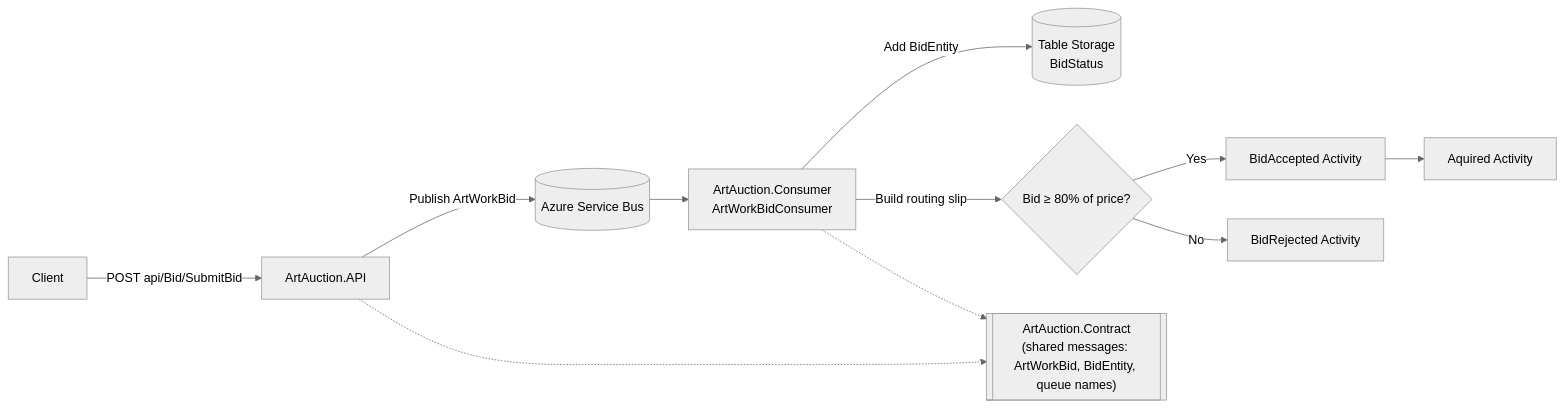
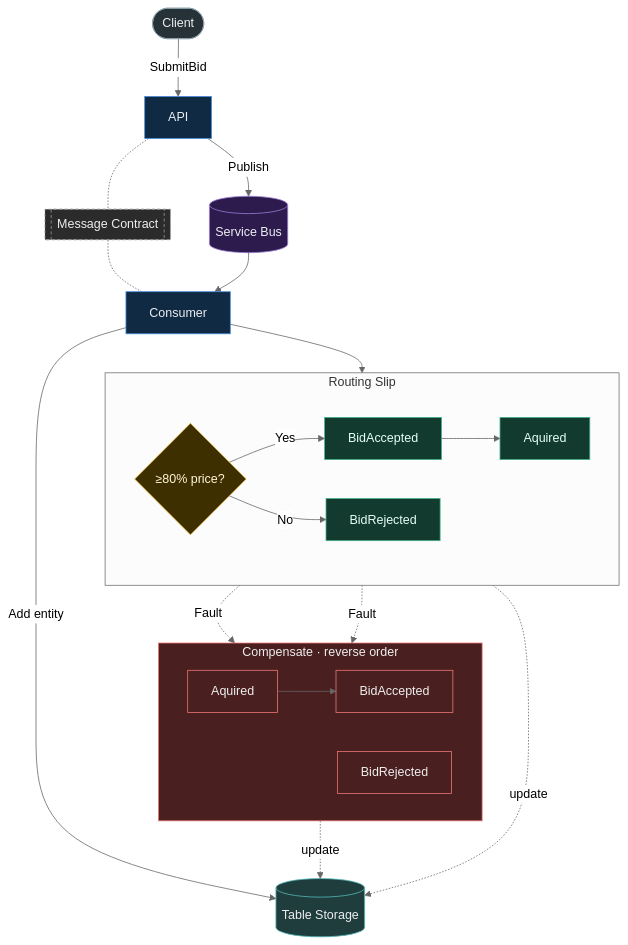
The first of 3 diagrams in README.md (AbuSuudy/ArtAuction), drawn with Mermaid (neutral theme) before and after one commit. The commit also changed other lines of this file, not shown here.

Commit message:
update mermaid diragram

````diff
--- a/README.md
+++ b/README.md
@@ -5,15 +5,48 @@
 ```mermaid
-flowchart LR
-    Client[Client] -->|POST api/Bid/SubmitBid| API[ArtAuction.API]
-    API -->|Publish ArtWorkBid| SB[(Azure Service Bus)]
-    SB --> Consumer[ArtAuction.Consumer<br/>ArtWorkBidConsumer]
-    Consumer -->|Add BidEntity| Table[(Table Storage<br/>BidStatus)]
-    Consumer -->|Build routing slip| RS{Bid ≥ 80% of price?}
-    RS -->|Yes| BidAccepted[BidAccepted Activity]
-    BidAccepted --> Aquired[Aquired Activity]
-    RS -->|No| BidRejected[BidRejected Activity]
+flowchart TB
+    Client([Client]) -->|SubmitBid| API[API]
+    API -->|Publish| SB[(Service Bus)]
 
-    ArtAuction.Contract[["ArtAuction.Contract<br/>(shared messages: ArtWorkBid, BidEntity, queue names)"]]
-    API -.-> ArtAuction.Contract
-    Consumer -.-> ArtAuction.Contract
+    Contract[["Message Contract"]]
+    API -.- Contract
+    Contract -.- Consumer[Consumer]
+
+    SB --> Consumer
+    Consumer -->|Add entity| Table[(Table Storage)]
+    Consumer --> RS{"≥80% price?"}
+
+    subgraph Activities["Routing Slip"]
+        direction LR
+        RS -->|Yes| BA[BidAccepted] --> AQ[Aquired]
+        RS -->|No| BR[BidRejected]
+    end
+
+    subgraph Comp["Compensate · reverse order"]
+        direction LR
+        CAQ[Aquired] --> CBA[BidAccepted]
+        CBR[BidRejected]
+    end
+
+    AQ -. Fault .-> Comp
+    BR -. Fault .-> Comp
+    Activities -.->|update| Table
+    Comp -.->|update| Table
+
+    classDef entry fill:#263238,stroke:#90a4ae,color:#eceff1
+    classDef svc fill:#102a43,stroke:#4a90e2,color:#eceff1
+    classDef broker fill:#2d1b4e,stroke:#9b7cd6,color:#eceff1
+    classDef decision fill:#3d2f00,stroke:#e0b030,color:#fff6d8
+    classDef act fill:#123a2e,stroke:#3fb389,color:#e6fff6
+    classDef store fill:#1f3d3d,stroke:#5bb,color:#eee
+    classDef comp fill:#4a1f1f,stroke:#e77,color:#eee
+    classDef shared fill:#2b2b2b,stroke:#999,stroke-dasharray:4 3,color:#eee
+
+    class Client entry
+    class API,Consumer svc
+    class SB broker
+    class RS decision
+    class BA,AQ,BR act
+    class Table store
+    class Comp,CAQ,CBA,CBR comp
+    class Contract shared
 ```
````
